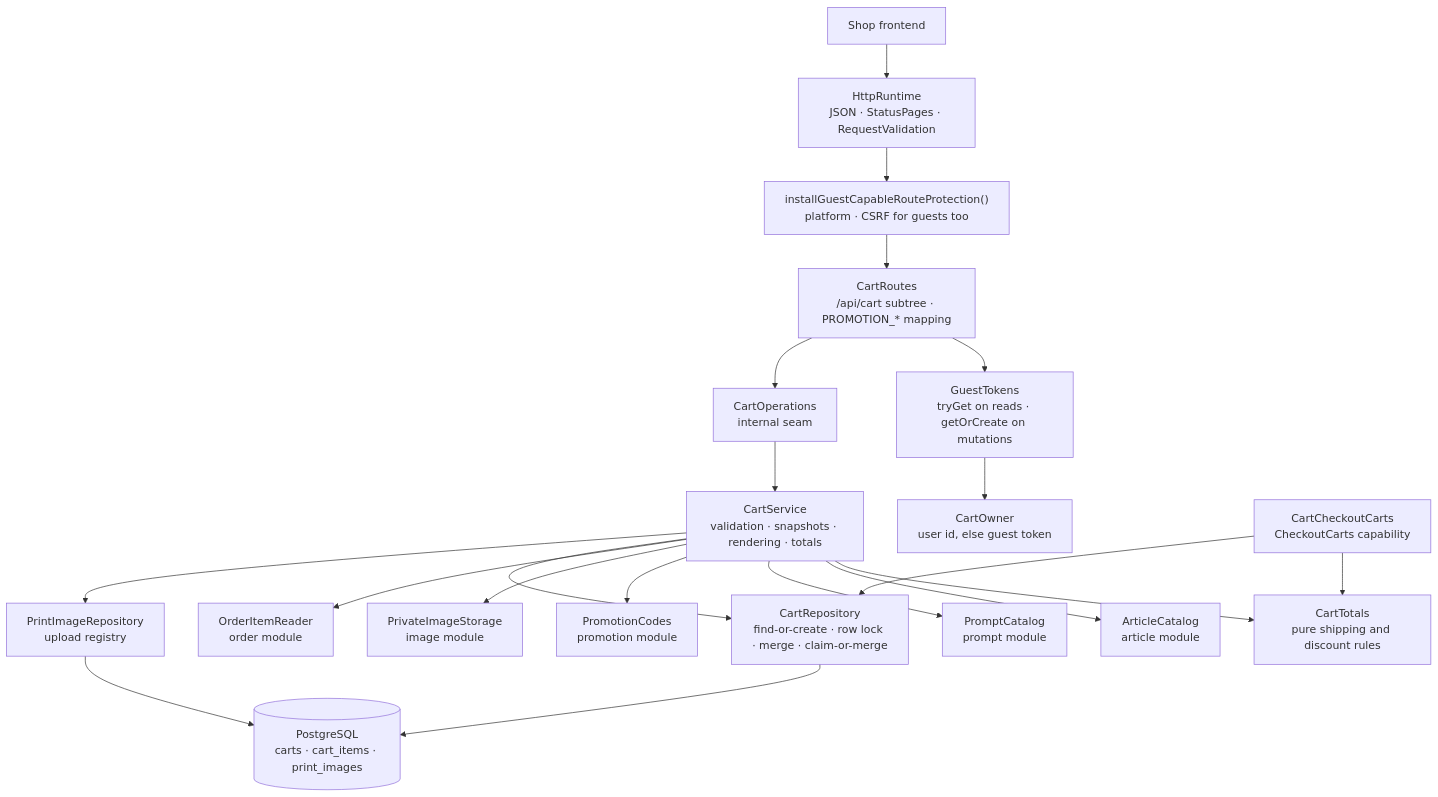
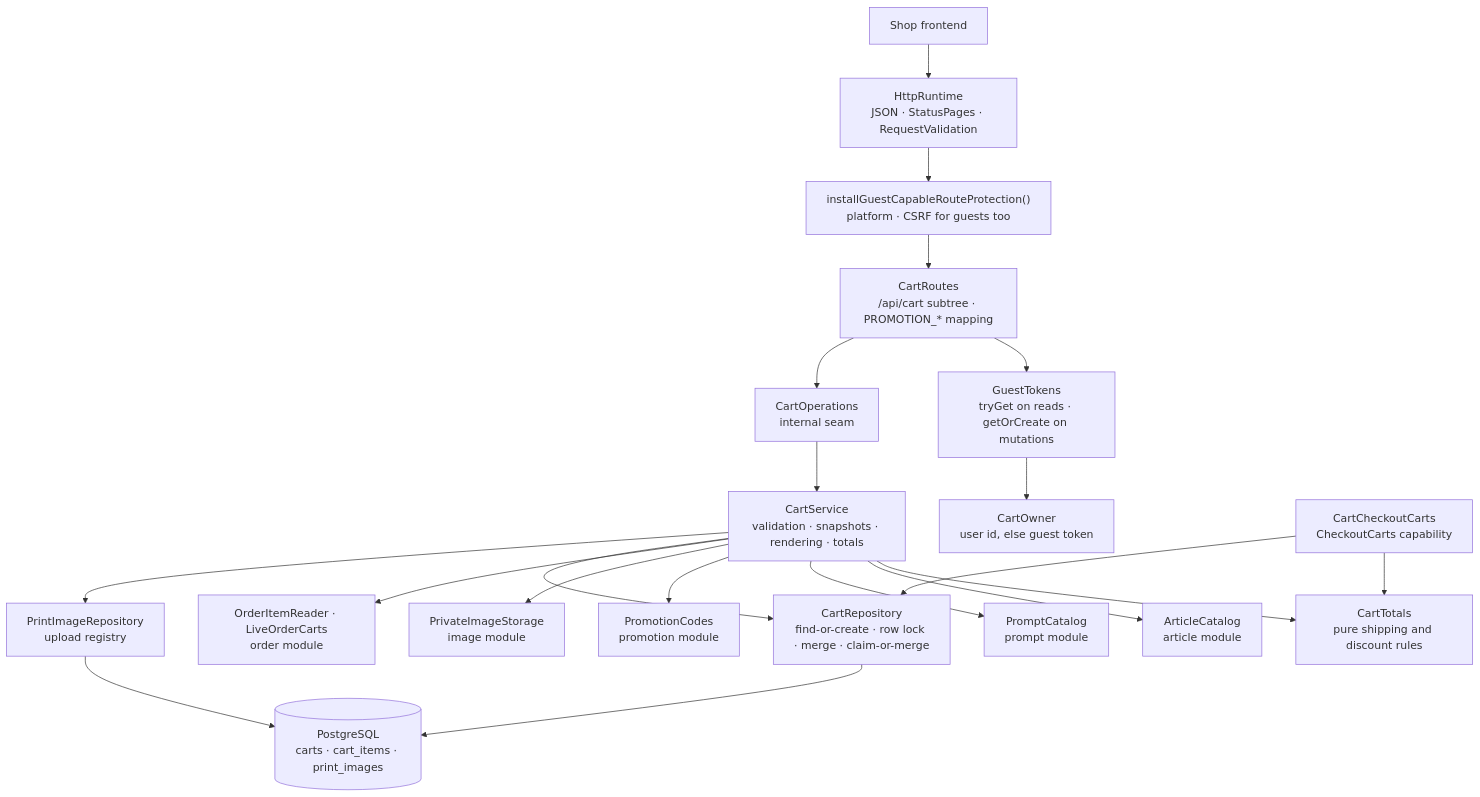
Before and after one commit to bitstorm-tech/voenix-shop-kotlin: the diagram in docs/dev/backend/cart-package.md, drawn with Mermaid. The commit also changed other lines of this file and 32 other files, not shown here.

````diff
--- a/docs/dev/backend/cart-package.md
+++ b/docs/dev/backend/cart-package.md
@@ -32,35 +33,35 @@
 ```mermaid
 flowchart TB
     Client["Shop frontend"]
     Http["HttpRuntime<br/>JSON · StatusPages · RequestValidation"]
     Csrf["installGuestCapableRouteProtection()<br/>platform · CSRF for guests too"]
     Routes["CartRoutes<br/>/api/cart subtree · PROMOTION_* mapping"]
     Guest["GuestTokens<br/>tryGet on reads · getOrCreate on mutations"]
     Owner["CartOwner<br/>user id, else guest token"]
     Operations["CartOperations<br/>internal seam"]
     Service["CartService<br/>validation · snapshots · rendering · totals"]
     Totals["CartTotals<br/>pure shipping and discount rules"]
     Articles["ArticleCatalog<br/>article module"]
     Prompts["PromptCatalog<br/>prompt module"]
     Promotions["PromotionCodes<br/>promotion module"]
     Storage["PrivateImageStorage<br/>image module"]
-    Ordered["OrderItemReader<br/>order module"]
+    Ordered["OrderItemReader · LiveOrderCarts<br/>order module"]
     Checkout["CartCheckoutCarts<br/>CheckoutCarts capability"]
     Repository["CartRepository<br/>find-or-create · row lock · merge · claim-or-merge"]
     Images["PrintImageRepository<br/>upload registry"]
     Tables[("PostgreSQL<br/>carts · cart_items · print_images")]
 
     Client --> Http --> Csrf --> Routes
     Routes --> Guest --> Owner
     Routes --> Operations --> Service
     Service --> Totals
     Service --> Articles
     Service --> Prompts
     Service --> Promotions
     Service --> Storage
     Service --> Ordered
     Service --> Repository --> Tables
     Service --> Images --> Tables
     Checkout --> Totals
     Checkout --> Repository
 ```
````
